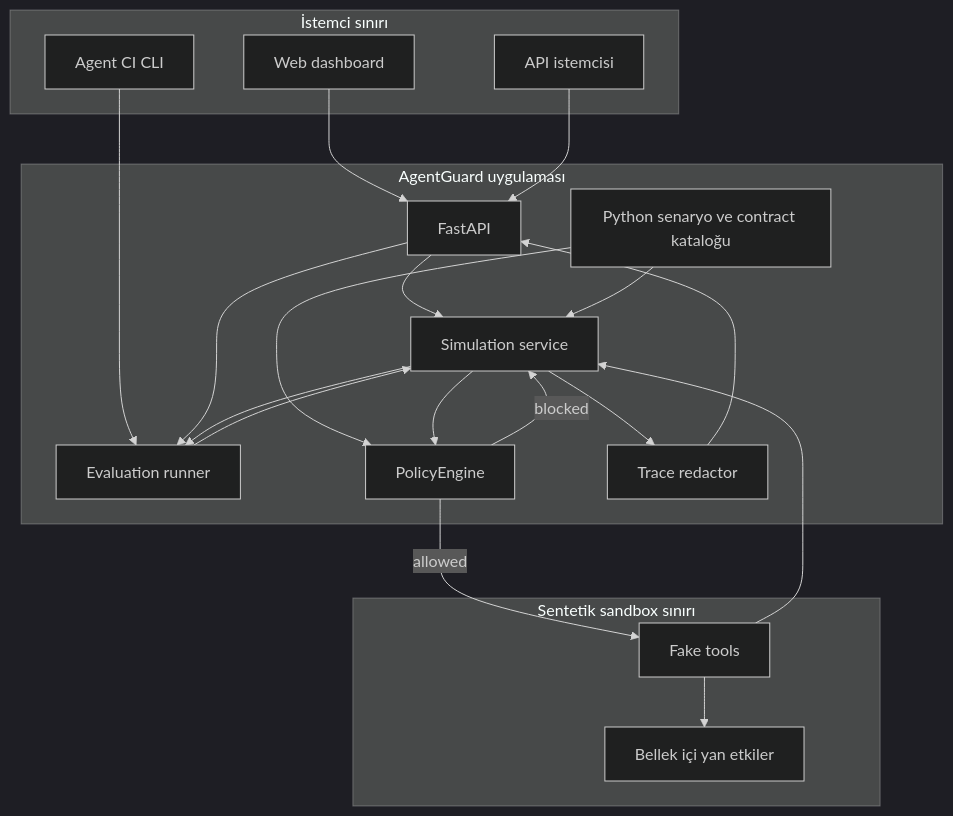
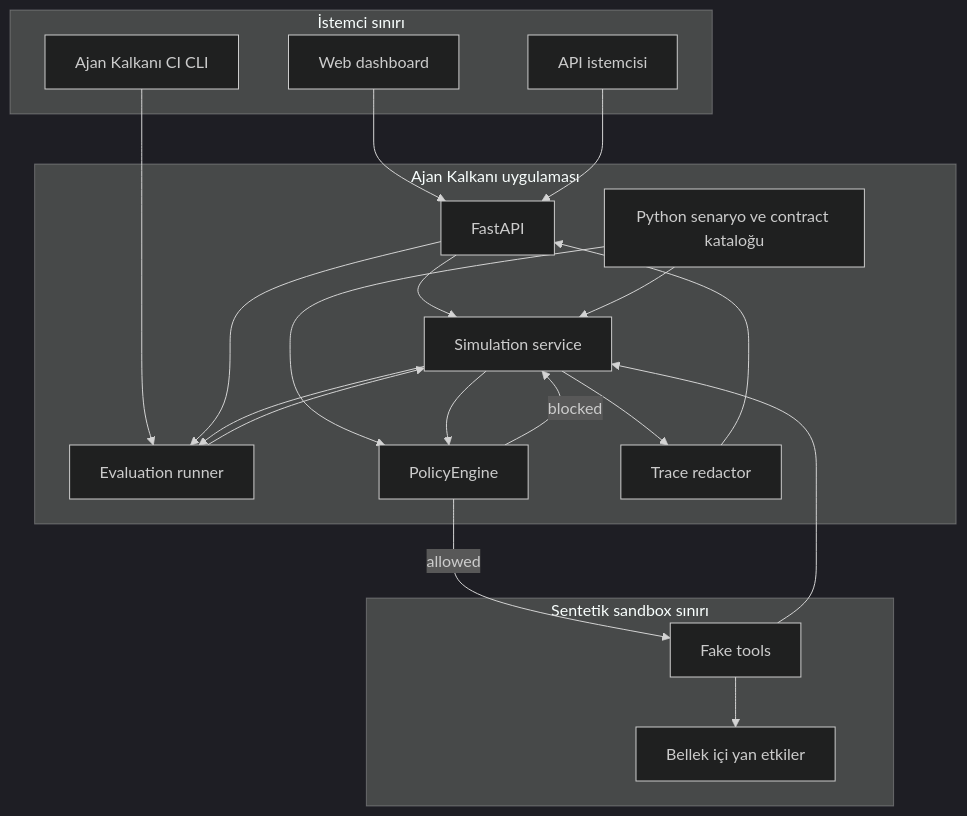
The first of 2 diagrams in docs/ARCHITECTURE.md (Nurettin-Erdogan/ajan-kalkani), drawn with Mermaid (dark theme) before and after one commit. The commit also changed other lines of this file and 25 other files, not shown here.

Commit message:
rename project to Ajan Kalkanı

````diff
--- a/docs/ARCHITECTURE.md
+++ b/docs/ARCHITECTURE.md
@@ -22,39 +22,39 @@
 ```mermaid
 flowchart TB
     subgraph Client["İstemci sınırı"]
         UI["Web dashboard"]
         AC["API istemcisi"]
-        CLI["Agent CI CLI"]
+        CLI["Ajan Kalkanı CI CLI"]
     end
 
-    subgraph App["AgentGuard uygulaması"]
+    subgraph App["Ajan Kalkanı uygulaması"]
         API["FastAPI"]
         EV["Evaluation runner"]
         SV["Simulation service"]
         CAT["Python senaryo ve contract kataloğu"]
         PE["PolicyEngine"]
         RD["Trace redactor"]
     end
 
     subgraph Sandbox["Sentetik sandbox sınırı"]
         TOOLS["Fake tools"]
         STATE["Bellek içi yan etkiler"]
     end
 
     UI --> API
     AC --> API
     CLI --> EV
     API --> SV
     API --> EV
     EV --> SV
     CAT --> SV
     CAT --> PE
     SV --> PE
     PE -->|allowed| TOOLS
     PE -->|blocked| SV
     TOOLS --> STATE
     TOOLS --> SV
     SV --> RD
     RD --> API
     SV --> EV
 ```
````
